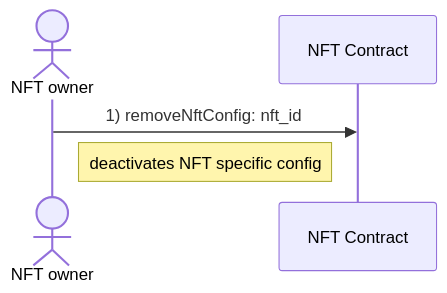
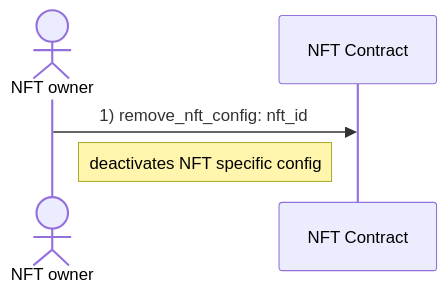
The fourth of 6 diagrams in docs/diagrams/reward_users.md (marc0olo/aens-nfts), drawn with Mermaid before and after one commit. The commit also changed other lines of this file and 17 other files, not shown here.

````diff
--- a/docs/diagrams/reward_users.md
+++ b/docs/diagrams/reward_users.md
@@ -55,6 +56,6 @@
 ```mermaid
 sequenceDiagram
     actor NFT owner
-    NFT owner ->> NFT Contract: 1) removeNftConfig: nft_id
+    NFT owner ->> NFT Contract: 1) remove_nft_config: nft_id
     Note left of NFT Contract: deactivates NFT specific config
 ```
````
